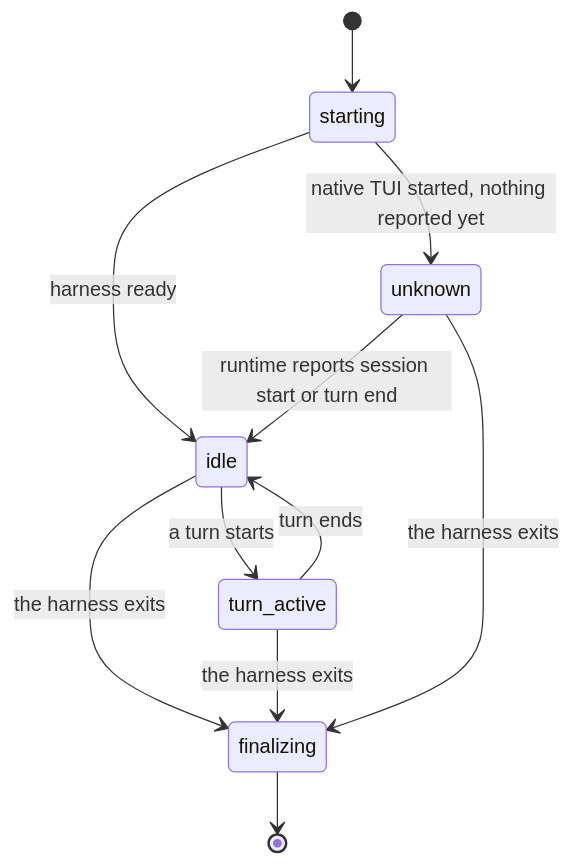
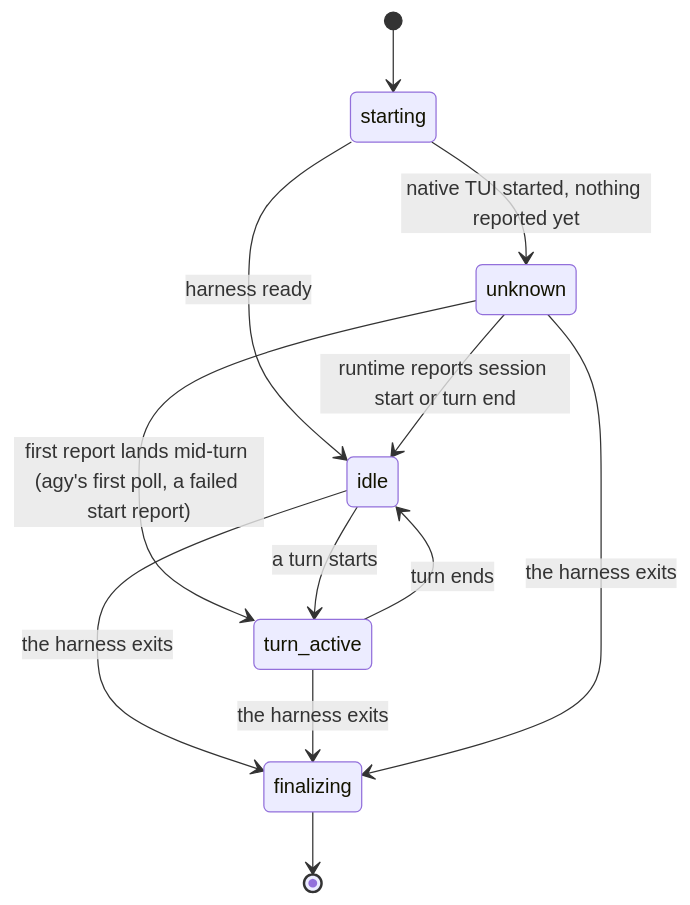
Before and after one commit to haowjy/meridian-cli: the second of 3 diagrams in src/meridian/lib/state/.context/state-machines.md, drawn with Mermaid. The commit also changed 7 other files, not shown here.

````diff
--- a/src/meridian/lib/state/.context/state-machines.md
+++ b/src/meridian/lib/state/.context/state-machines.md
@@ -42,13 +42,14 @@
 ```mermaid
 stateDiagram-v2
   [*] --> starting
   starting --> unknown: native TUI started, nothing reported yet
   starting --> idle: harness ready
   unknown --> idle: runtime reports session start or turn end
+  unknown --> turn_active: first report lands mid-turn (agy's first poll, a failed start report)
   idle --> turn_active: a turn starts
   turn_active --> idle: turn ends
   idle --> finalizing: the harness exits
   turn_active --> finalizing: the harness exits
   unknown --> finalizing: the harness exits
   finalizing --> [*]
 ```
````
